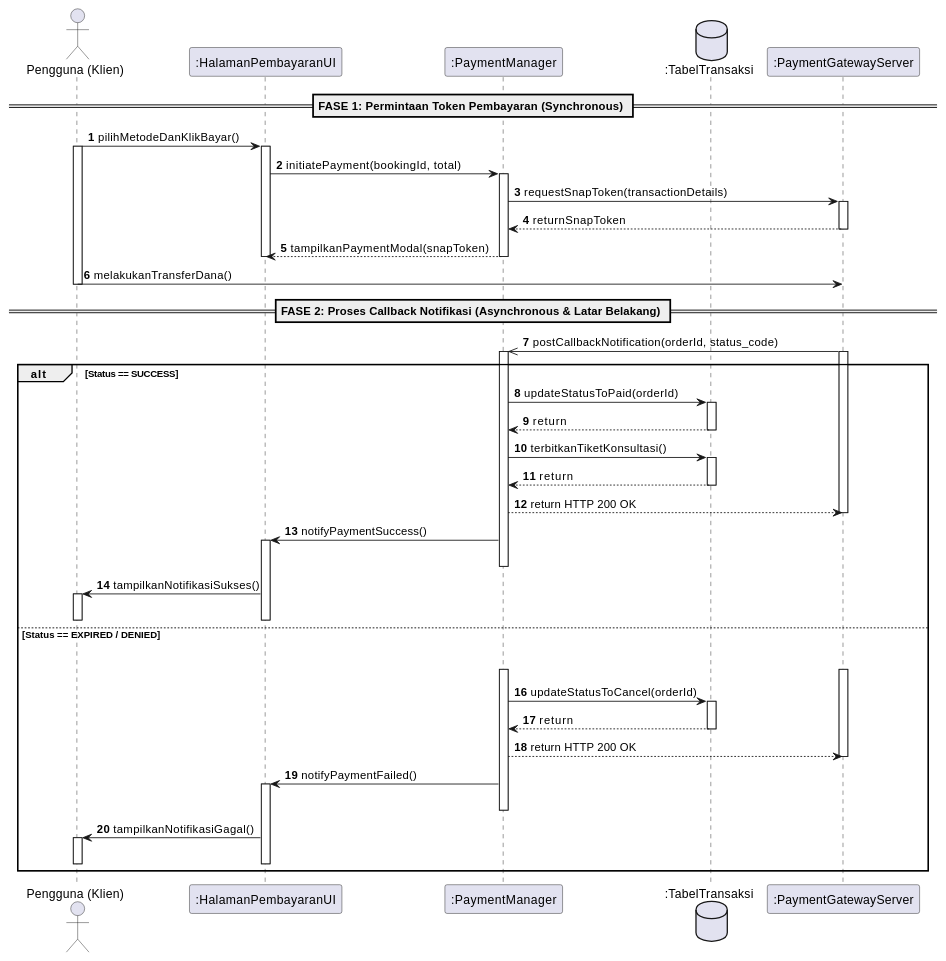
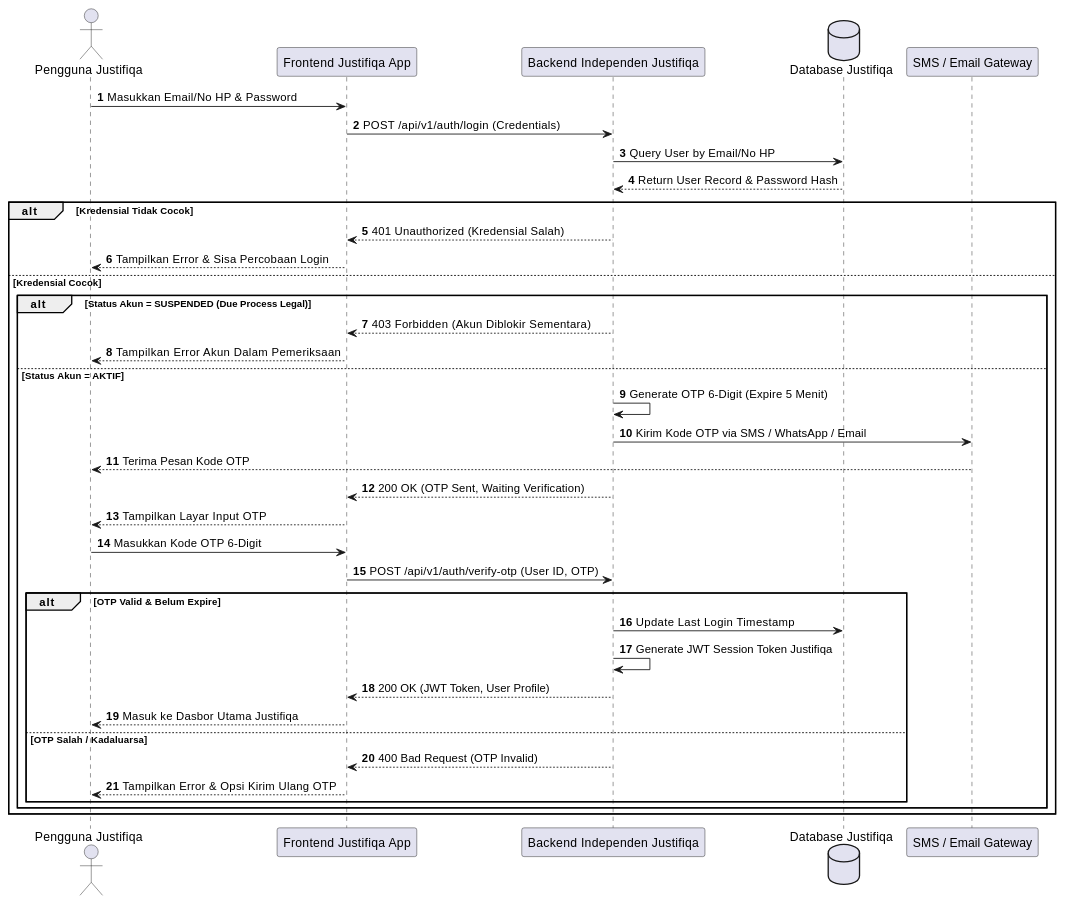
Before and after one commit to tupperwureism/SuperApp-Gagal: the second of 20 diagrams in MarkDown/plantuml_sequence_diagrams.md, drawn with PlantUML. The commit also changed other lines of this file and 60 other files, not shown here.

````diff
--- a/MarkDown/plantuml_sequence_diagrams.md
+++ b/MarkDown/plantuml_sequence_diagrams.md
@@ -262,82 +64,45 @@
 ```plantuml
 @startuml
 autonumber
+actor "Pengguna Justifiqa" as User
+participant "Frontend Justifiqa App" as FE
+participant "Backend Independen Justifiqa" as BE
+database "Database Justifiqa" as DB
+participant "SMS / Email Gateway" as SMS
 
-actor "Pengguna (Klien)" as Pengguna
-participant ":HalamanPembayaranUI" as UI
-participant ":PaymentManager" as Payment
-database ":TabelTransaksi" as DB
-participant ":PaymentGatewayServer" as PG
+User -> FE : Masukkan Email/No HP & Password
+FE -> BE : POST /api/v1/auth/login (Credentials)
 
-== FASE 1: Permintaan Token Pembayaran (Synchronous) ==
+BE -> DB : Query User by Email/No HP
+DB --> BE : Return User Record & Password Hash
 
-Pengguna -> UI : pilihMetodeDanKlikBayar()
-activate Pengguna
-activate UI
-UI -> Payment : initiatePayment(bookingId, total)
-activate Payment
-
-Payment -> PG : requestSnapToken(transactionDetails)
-activate PG
-PG --> Payment : returnSnapToken
-deactivate PG
-
-Payment --> UI : tampilkanPaymentModal(snapToken)
-deactivate Payment
-deactivate UI
-
-Pengguna -> PG : melakukanTransferDana()
-deactivate Pengguna
-
-== FASE 2: Proses Callback Notifikasi (Asynchronous & Latar Belakang) ==
-
-PG ->> Payment : postCallbackNotification(orderId, status_code)
-activate PG
-activate Payment
-
-alt Status == SUCCESS
-  Payment -> DB : updateStatusToPaid(orderId)
-  activate DB
-  DB --> Payment : return
-  deactivate DB
-  
-  Payment -> DB : terbitkanTiketKonsultasi()
-  activate DB
-  DB --> Payment : return
-  deactivate DB
-  
-  Payment --> PG : return HTTP 200 OK
-  deactivate PG
-  
-  Payment -> UI : notifyPaymentSuccess()
-  activate UI
-  deactivate Payment
-  
-  UI -> Pengguna : tampilkanNotifikasiSukses()
-  activate Pengguna
-  deactivate Pengguna
-  deactivate UI
-else Status == EXPIRED / DENIED
-  PG -[hidden]-> PG
-  activate PG
-  activate Payment
-  
-  Payment -> DB : updateStatusToCancel(orderId)
-  activate DB
-  DB --> Payment : return
-  deactivate DB
-  
-  Payment --> PG : return HTTP 200 OK
-  deactivate PG
-  
-  Payment -> UI : notifyPaymentFailed()
-  activate UI
-  deactivate Payment
-  
-  UI -> Pengguna : tampilkanNotifikasiGagal()
-  activate Pengguna
-  deactivate Pengguna
-  deactivate UI
+alt Kredensial Tidak Cocok
+    BE --> FE : 401 Unauthorized (Kredensial Salah)
+    FE --> User : Tampilkan Error & Sisa Percobaan Login
+else Kredensial Cocok
+    alt Status Akun = SUSPENDED (Due Process Legal)
+        BE --> FE : 403 Forbidden (Akun Diblokir Sementara)
+        FE --> User : Tampilkan Error Akun Dalam Pemeriksaan
+    else Status Akun = AKTIF
+        BE -> BE : Generate OTP 6-Digit (Expire 5 Menit)
+        BE -> SMS : Kirim Kode OTP via SMS / WhatsApp / Email
+        SMS --> User : Terima Pesan Kode OTP
+        BE --> FE : 200 OK (OTP Sent, Waiting Verification)
+        FE --> User : Tampilkan Layar Input OTP
+        
+        User -> FE : Masukkan Kode OTP 6-Digit
+        FE -> BE : POST /api/v1/auth/verify-otp (User ID, OTP)
+        
+        alt OTP Valid & Belum Expire
+            BE -> DB : Update Last Login Timestamp
+            BE -> BE : Generate JWT Session Token Justifiqa
+            BE --> FE : 200 OK (JWT Token, User Profile)
+            FE --> User : Masuk ke Dasbor Utama Justifiqa
+        else OTP Salah / Kadaluarsa
+            BE --> FE : 400 Bad Request (OTP Invalid)
+            FE --> User : Tampilkan Error & Opsi Kirim Ulang OTP
+        end
+    end
 end
 @enduml
 ```
````
